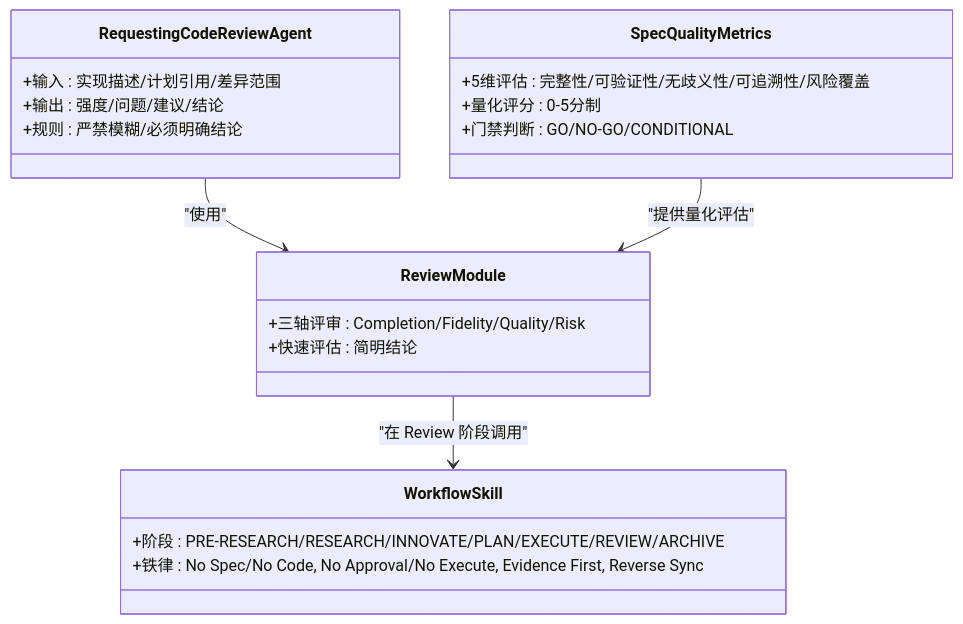
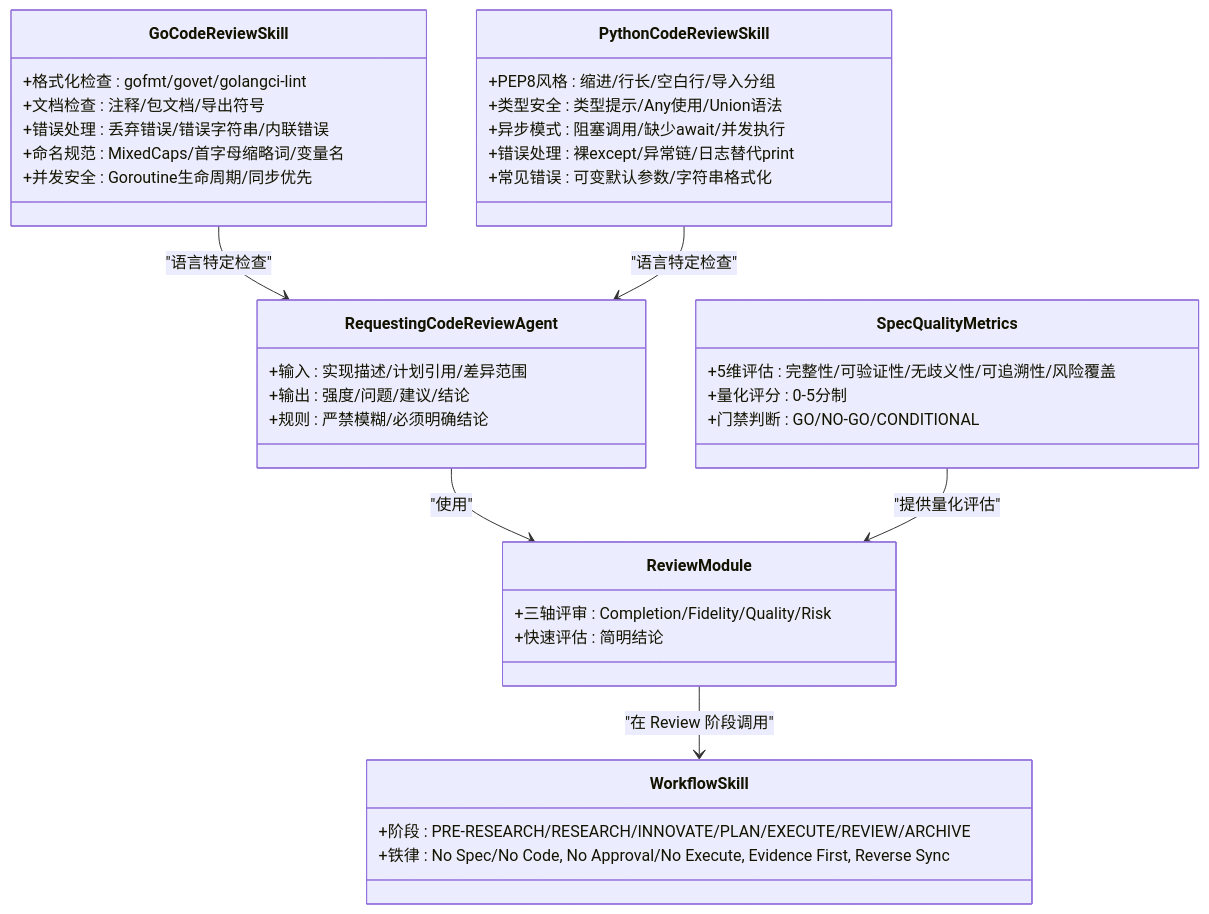
One commit to AngelWings1997/altas changed the fifth of 10 diagrams in .qoder/repowiki/zh/content/超级能力模块/代码审查流程/代码审查流程.md. Above: the diagram before and after it, drawn with Mermaid. The commit also changed other lines of this file and 10 other files, not shown here.

````diff
--- a/.qoder/repowiki/zh/content/超级能力模块/代码审查流程/代码审查流程.md
+++ b/.qoder/repowiki/zh/content/超级能力模块/代码审查流程/代码审查流程.md
@@ -242,24 +275,40 @@
 ```mermaid
 classDiagram
 class RequestingCodeReviewAgent {
 +输入 : 实现描述/计划引用/差异范围
 +输出 : 强度/问题/建议/结论
 +规则 : 严禁模糊/必须明确结论
 }
 class ReviewModule {
 +三轴评审 : Completion/Fidelity/Quality/Risk
 +快速评估 : 简明结论
 }
 class WorkflowSkill {
 +阶段 : PRE-RESEARCH/RESEARCH/INNOVATE/PLAN/EXECUTE/REVIEW/ARCHIVE
 +铁律 : No Spec/No Code, No Approval/No Execute, Evidence First, Reverse Sync
 }
 class SpecQualityMetrics {
 +5维评估 : 完整性/可验证性/无歧义性/可追溯性/风险覆盖
 +量化评分 : 0-5分制
 +门禁判断 : GO/NO-GO/CONDITIONAL
 }
+class GoCodeReviewSkill {
++格式化检查 : gofmt/govet/golangci-lint
++文档检查 : 注释/包文档/导出符号
++错误处理 : 丢弃错误/错误字符串/内联错误
++命名规范 : MixedCaps/首字母缩略词/变量名
++并发安全 : Goroutine生命周期/同步优先
+}
+class PythonCodeReviewSkill {
++PEP8风格 : 缩进/行长/空白行/导入分组
++类型安全 : 类型提示/Any使用/Union语法
++异步模式 : 阻塞调用/缺少await/并发执行
++错误处理 : 裸except/异常链/日志替代print
++常见错误 : 可变默认参数/字符串格式化
+}
 RequestingCodeReviewAgent --> ReviewModule : "使用"
 ReviewModule --> WorkflowSkill : "在 Review 阶段调用"
 SpecQualityMetrics --> ReviewModule : "提供量化评估"
+GoCodeReviewSkill --> RequestingCodeReviewAgent : "语言特定检查"
+PythonCodeReviewSkill --> RequestingCodeReviewAgent : "语言特定检查"
 ```
````
